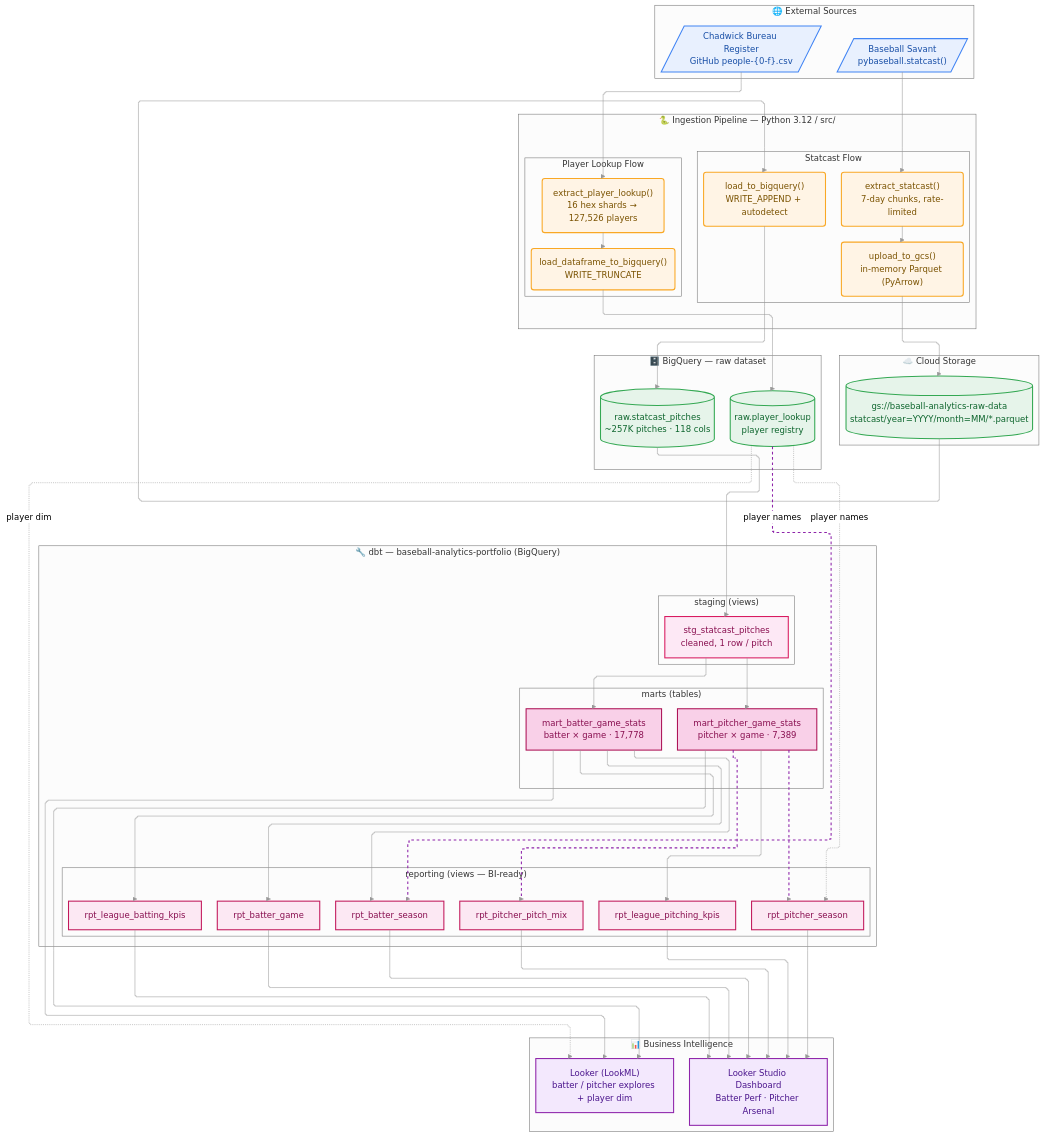
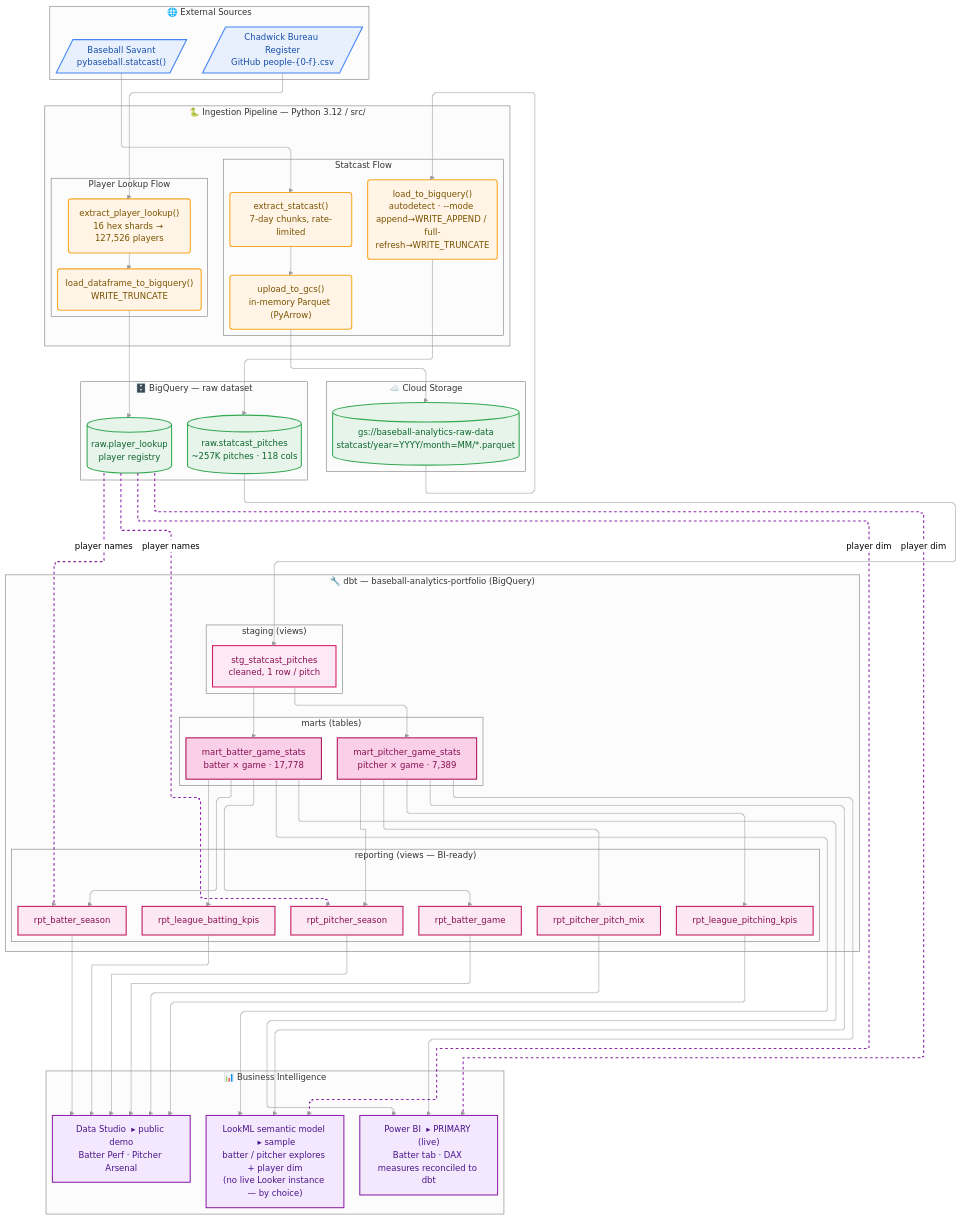
The diagram in docs/architecture.mmd (jondiaz10/baseball-analytics-portfolio), drawn with Mermaid (neutral theme) before and after one commit. The commit also changed 1 other file, not shown here.

Commit message:
docs: make Power BI the primary BI layer in architecture diagram
Update docs/architecture.{md,mmd} (kept in sync): Power BI is the live/primary
BI node reading the per-game marts with DAX measures reconciled to dbt; Data
Studio stays the public demo on the reporting views; LookML kept as a labeled
alternative semantic-model sample (no live Looker instance, by choice). Loader
node now shows both write paths (--mode append→WRITE_APPEND /
full-refresh→WRITE_TRUNCATE). Diagram validated as a flowchart.

```diff
--- a/docs/architecture.mmd
+++ b/docs/architecture.mmd
@@ -1,108 +1,118 @@
 ---
 config:
   layout: elk
   flowchart:
     curve: stepBefore
 ---
 flowchart TB
     subgraph SRC["🌐 External Sources"]
         direction LR
         SAVANT[/"Baseball Savant\npybaseball.statcast()"/]
         CHADWICK[/"Chadwick Bureau Register\nGitHub people-{0-f}.csv"/]
     end
 
     subgraph INGEST["🐍 Ingestion Pipeline — Python 3.12 / src/"]
         direction LR
         subgraph INGEST_STATCAST["Statcast Flow"]
             direction TB
             EXTRACT("extract_statcast()\n7-day chunks, rate-limited")
             GCSUP("upload_to_gcs()\nin-memory Parquet (PyArrow)")
-            BQLOAD("load_to_bigquery()\nWRITE_APPEND + autodetect")
+            BQLOAD("load_to_bigquery()\nautodetect · --mode append→WRITE_APPEND / full-refresh→WRITE_TRUNCATE")
         end
         subgraph INGEST_PLAYER["Player Lookup Flow"]
             direction TB
             PLEXTRACT("extract_player_lookup()\n16 hex shards → 127,526 players")
             BQLOAD2("load_dataframe_to_bigquery()\nWRITE_TRUNCATE")
         end
     end
 
     subgraph GCS["☁️ Cloud Storage"]
         PARQUET[("gs://baseball-analytics-raw-data\nstatcast/year=YYYY/month=MM/*.parquet")]
     end
 
     subgraph RAW["🗄️ BigQuery — raw dataset"]
         direction LR
         RAWPITCH[("raw.statcast_pitches\n~257K pitches · 118 cols")]
         RAWPLAYER[("raw.player_lookup\nplayer registry")]
     end
 
     subgraph DBT["🔧 dbt — baseball-analytics-portfolio (BigQuery)"]
         direction TB
         subgraph STG["staging (views)"]
             STGPITCH["stg_statcast_pitches\ncleaned, 1 row / pitch"]
         end
         subgraph MARTS["marts (tables)"]
             direction LR
             MBATTER["mart_batter_game_stats\nbatter × game · 17,778"]
             MPITCHER["mart_pitcher_game_stats\npitcher × game · 7,389"]
         end
         subgraph RPT["reporting (views — BI-ready)"]
             direction LR
             RBKPI["rpt_league_batting_kpis"]
             RBSEASON["rpt_batter_season"]
             RBGAME["rpt_batter_game"]
             RPKPI["rpt_league_pitching_kpis"]
             RPSEASON["rpt_pitcher_season"]
             RPMIX["rpt_pitcher_pitch_mix"]
         end
     end
 
     subgraph BI["📊 Business Intelligence"]
         direction LR
-        LOOKER["Looker (LookML)\nbatter / pitcher explores + player dim"]
-        STUDIO["Looker Studio Dashboard\nBatter Perf · Pitcher Arsenal"]
+        POWERBI["Power BI  ▸ PRIMARY (live)\nBatter tab · DAX measures reconciled to dbt"]
+        STUDIO["Data Studio  ▸ public demo\nBatter Perf · Pitcher Arsenal"]
+        LOOKML["LookML semantic model  ▸ sample\nbatter / pitcher explores + player dim\n(no live Looker instance — by choice)"]
     end
 
     SAVANT --> EXTRACT --> GCSUP --> PARQUET --> BQLOAD --> RAWPITCH
     CHADWICK --> PLEXTRACT --> BQLOAD2 --> RAWPLAYER
 
     RAWPITCH --> STGPITCH
     STGPITCH --> MBATTER
     STGPITCH --> MPITCHER
 
     MBATTER --> RBKPI
     MBATTER --> RBSEASON
     MBATTER --> RBGAME
     MPITCHER --> RPKPI
     MPITCHER --> RPSEASON
     MPITCHER --> RPMIX
 
     RAWPLAYER -.player names.-> RBSEASON
     RAWPLAYER -.player names.-> RPSEASON
-    RAWPLAYER -.player dim.-> LOOKER
 
-    MBATTER --> LOOKER
-    MPITCHER --> LOOKER
+    %% Data Studio (public demo) reads the pre-aggregated reporting views
     RBKPI & RBSEASON & RBGAME & RPKPI & RPSEASON & RPMIX --> STUDIO
+
+    %% Power BI (primary) reads the per-game marts; DAX measures reconciled to dbt
+    MBATTER --> POWERBI
+    MPITCHER --> POWERBI
+    RAWPLAYER -.player dim.-> POWERBI
+
+    %% LookML semantic-model sample reads the same marts + player dimension
+    MBATTER --> LOOKML
+    MPITCHER --> LOOKML
+    RAWPLAYER -.player dim.-> LOOKML
 
     classDef default fill:#f5f5f5,stroke:#999999,stroke-width:1px,color:#333333;
     classDef source fill:#e8f0fe,stroke:#4285f4,stroke-width:2px,color:#174ea6;
     classDef python fill:#fff4e5,stroke:#f9a825,stroke-width:2px,color:#7a5200;
     classDef storage fill:#e6f4ea,stroke:#34a853,stroke-width:2px,color:#0d652d;
     classDef staging fill:#fde8f5,stroke:#d81b60,stroke-width:2px,color:#880e4f;
     classDef mart fill:#f9d0e8,stroke:#ad1457,stroke-width:2px,color:#880e4f;
     classDef report fill:#fce8f3,stroke:#c2185b,stroke-width:2px,color:#880e4f;
     classDef bi fill:#f3e8fd,stroke:#8e24aa,stroke-width:2px,color:#4a148c;
 
     class SAVANT,CHADWICK source;
     class EXTRACT,PLEXTRACT,GCSUP,BQLOAD,BQLOAD2 python;
     class PARQUET,RAWPITCH,RAWPLAYER storage;
     class STGPITCH staging;
     class MBATTER,MPITCHER mart;
     class RBKPI,RBSEASON,RBGAME,RPKPI,RPSEASON,RPMIX report;
-    class LOOKER,STUDIO bi;
+    class POWERBI,STUDIO,LOOKML bi;
 
     linkStyle default stroke:#999999,stroke-width:1px;
-    linkStyle 15 stroke:#8e24aa,stroke-width:2px,stroke-dasharray:5;
-    linkStyle 16 stroke:#8e24aa,stroke-width:2px,stroke-dasharray:5;
     linkStyle 17 stroke:#8e24aa,stroke-width:2px,stroke-dasharray:5;
+    linkStyle 18 stroke:#8e24aa,stroke-width:2px,stroke-dasharray:5;
+    linkStyle 27 stroke:#8e24aa,stroke-width:2px,stroke-dasharray:5;
+    linkStyle 30 stroke:#8e24aa,stroke-width:2px,stroke-dasharray:5;
```
